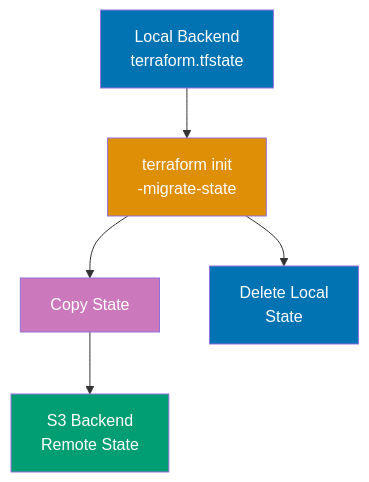
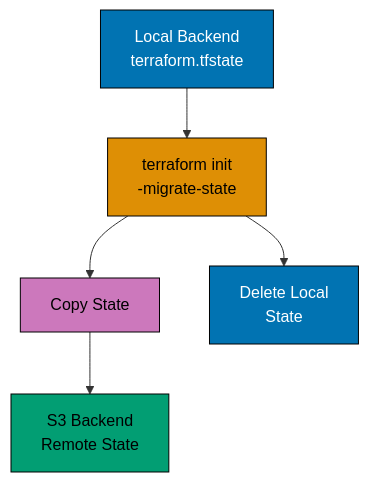
The seventh of 11 diagrams in apps/ayokoding-www/content/en/learn/legacy/software-engineering/infrastructure/tools/terraform/by-example/intermediate.md (wahidyankf/ose-public), drawn with Mermaid before and after one commit. The commit also changed other lines of this file and 131 other files, not shown here.

First line of the commit message:
fix(mermaid): bring the legacy data, infrastructure, and testing diagrams onto the accessible palette

````diff
--- a/apps/ayokoding-www/content/en/learn/legacy/software-engineering/infrastructure/tools/terraform/by-example/intermediate.md
+++ b/apps/ayokoding-www/content/en/learn/legacy/software-engineering/infrastructure/tools/terraform/by-example/intermediate.md
@@ -1511,14 +1554,21 @@
 ```mermaid
 %% Color Palette: Blue #0173B2, Orange #DE8F05, Teal #029E73, Purple #CC78BC
 graph TD
+ accTitle: Example 40: State Migration Between Backends
+ accDescr: Graph with 5 nodes and 4 connections. Nodes: Local Backend terraform.tfstate, terraform init -migrate-state, Copy State, S3 Backend Remote State, Delete Local State. Connections: Local Backend terraform.tfstate to terraform init -migrate-state, terraform init -migrate-state to Copy State, Copy State to S3 Backend Remote State, terraform init -migrate-state to Delete Local State.
  A["Local Backend<br/>terraform.tfstate"] --> B["terraform init<br/>-migrate-state"]
  B --> C["Copy State"]
  C --> D["S3 Backend<br/>Remote State"]
  B --> E["Delete Local<br/>State"]
 
- style A fill:#0173B2,color:#fff
- style B fill:#DE8F05,color:#fff
- style C fill:#CC78BC,color:#fff
- style D fill:#029E73,color:#fff
- style E fill:#0173B2,color:#fff
+ classDef pal-0173B2 fill:#0173B2,stroke:#000000,color:#FFFFFF
+ class A pal-0173B2
+ classDef pal-DE8F05 fill:#DE8F05,stroke:#000000,color:#000000
+ class B pal-DE8F05
+ classDef pal-CC78BC fill:#CC78BC,stroke:#000000,color:#000000
+ class C pal-CC78BC
+ classDef pal-029E73 fill:#029E73,stroke:#000000,color:#000000
+ class D pal-029E73
+ class E pal-0173B2
+ classDef default fill:#FFFFFF,stroke:#000000,color:#000000
 ```
````
